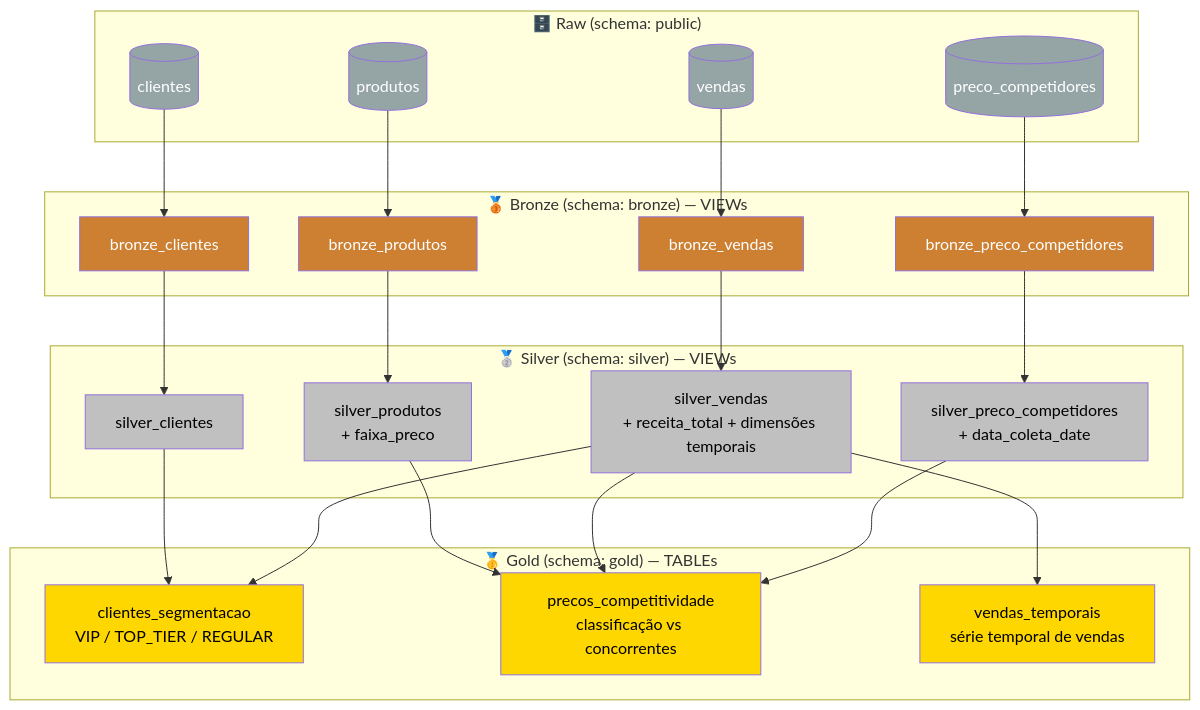
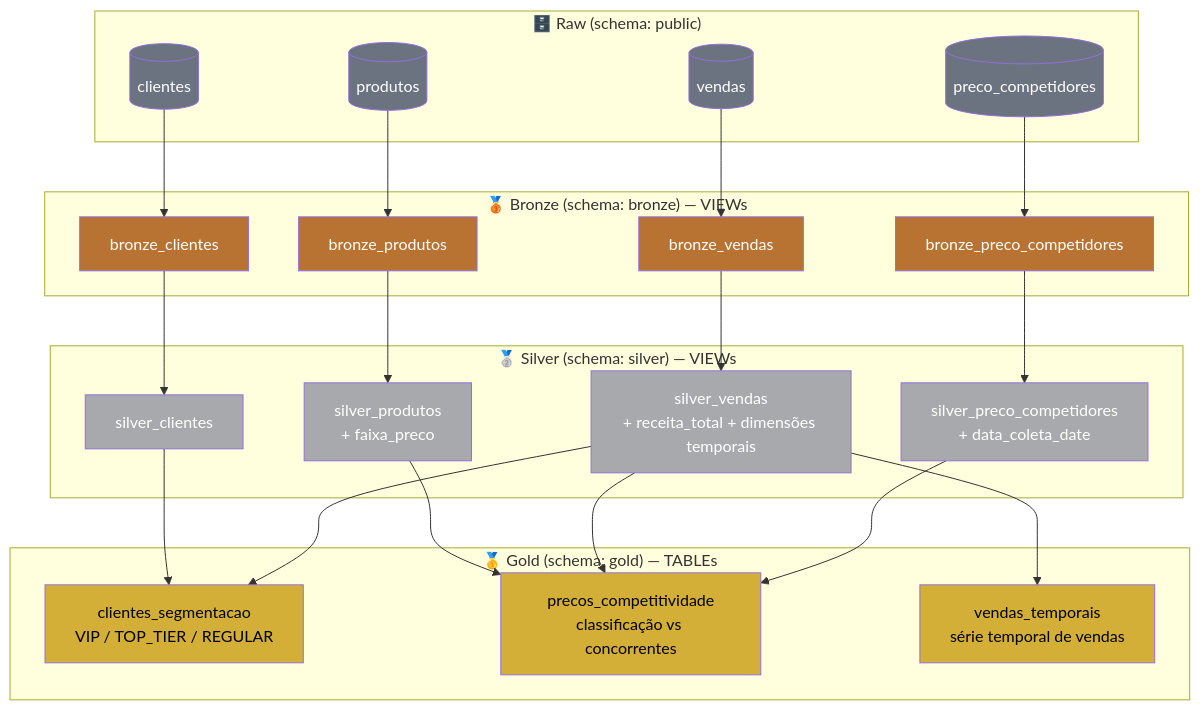
One commit to alerrandrofrederik/ProjetoEcommerce changed the second of 2 diagrams in README.md. Above: the diagram before and after it, drawn with Mermaid. The commit also changed other lines of this file, not shown here.

Commit message:
docs: ajusta cores da lineage Medallion e adiciona comandos dbt docs

````diff
--- a/README.md
+++ b/README.md
@@ -614,52 +614,52 @@
 ```mermaid
 graph TB
     subgraph "🗄️ Raw (schema: public)"
         R1[(produtos)]
         R2[(clientes)]
         R3[(vendas)]
         R4[(preco_competidores)]
     end
 
     subgraph "🥉 Bronze (schema: bronze) — VIEWs"
         B1[bronze_produtos]
         B2[bronze_clientes]
         B3[bronze_vendas]
         B4[bronze_preco_competidores]
     end
 
     subgraph "🥈 Silver (schema: silver) — VIEWs"
         S1[silver_produtos<br/>+ faixa_preco]
         S2[silver_clientes]
         S3[silver_vendas<br/>+ receita_total + dimensões temporais]
         S4[silver_preco_competidores<br/>+ data_coleta_date]
     end
 
     subgraph "🥇 Gold (schema: gold) — TABLEs"
         G1[clientes_segmentacao<br/>VIP / TOP_TIER / REGULAR]
         G2[precos_competitividade<br/>classificação vs concorrentes]
         G3[vendas_temporais<br/>série temporal de vendas]
     end
 
     R1 --> B1 --> S1 --> G2
     R2 --> B2 --> S2 --> G1
     R3 --> B3 --> S3 --> G1
     S3 --> G2
     S3 --> G3
     R4 --> B4 --> S4 --> G2
 
-    style R1 fill:#95A5A6,color:#fff
-    style R2 fill:#95A5A6,color:#fff
-    style R3 fill:#95A5A6,color:#fff
-    style R4 fill:#95A5A6,color:#fff
-    style B1 fill:#CD7F32,color:#fff
-    style B2 fill:#CD7F32,color:#fff
-    style B3 fill:#CD7F32,color:#fff
-    style B4 fill:#CD7F32,color:#fff
-    style S1 fill:#C0C0C0,color:#000
-    style S2 fill:#C0C0C0,color:#000
-    style S3 fill:#C0C0C0,color:#000
-    style S4 fill:#C0C0C0,color:#000
-    style G1 fill:#FFD700,color:#000
-    style G2 fill:#FFD700,color:#000
-    style G3 fill:#FFD700,color:#000
+    style R1 fill:#6B7280,color:#fff
+    style R2 fill:#6B7280,color:#fff
+    style R3 fill:#6B7280,color:#fff
+    style R4 fill:#6B7280,color:#fff
+    style B1 fill:#B87333,color:#fff
+    style B2 fill:#B87333,color:#fff
+    style B3 fill:#B87333,color:#fff
+    style B4 fill:#B87333,color:#fff
+    style S1 fill:#A8A9AD,color:#fff
+    style S2 fill:#A8A9AD,color:#fff
+    style S3 fill:#A8A9AD,color:#fff
+    style S4 fill:#A8A9AD,color:#fff
+    style G1 fill:#D4AF37,color:#000
+    style G2 fill:#D4AF37,color:#000
+    style G3 fill:#D4AF37,color:#000
 ```
````
